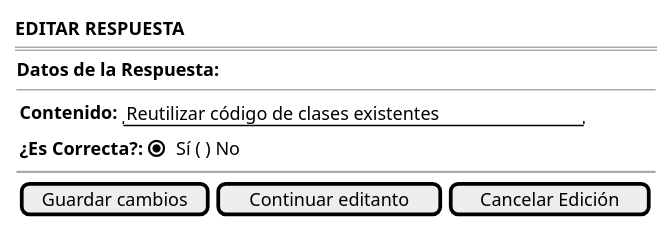
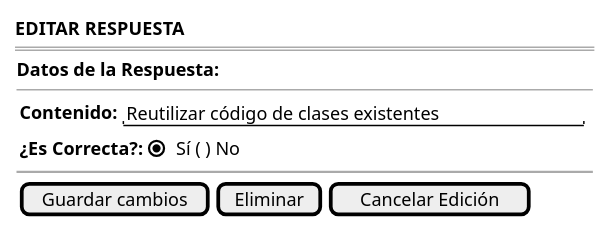
The diagram in documents/casos-de-uso/prototipadoCasosDeUso/editarRespuesta/editarRespuesta.puml (martinlopez7/25-26-IdSw1-SdR), drawn with PlantUML before and after one commit. The commit also changed 64 other files, not shown here.

```diff
--- a/documents/casos-de-uso/prototipadoCasosDeUso/editarRespuesta/editarRespuesta.puml
+++ b/documents/casos-de-uso/prototipadoCasosDeUso/editarRespuesta/editarRespuesta.puml
@@ -1,25 +1,25 @@
 @startsalt editarRespuesta_FORMULARIO
 {
     <b>EDITAR RESPUESTA</b>
     ===
     {
         <b>Datos de la Respuesta:</b>
         --
         {
            
             {
             <b>Contenido:</b> |
                 {"Reutilizar código de clases existentes"}
             }
            
             {<b>¿Es Correcta?:</b> | (X) Sí ( ) No
             }
               
         }
 
         ~~
 
-        {[Guardar cambios]|[Continuar editanto]|[Cancelar Edición]}
+        {[Guardar cambios]|[Eliminar]|[Cancelar Edición]}
     }
 }
 @endsalt
```
